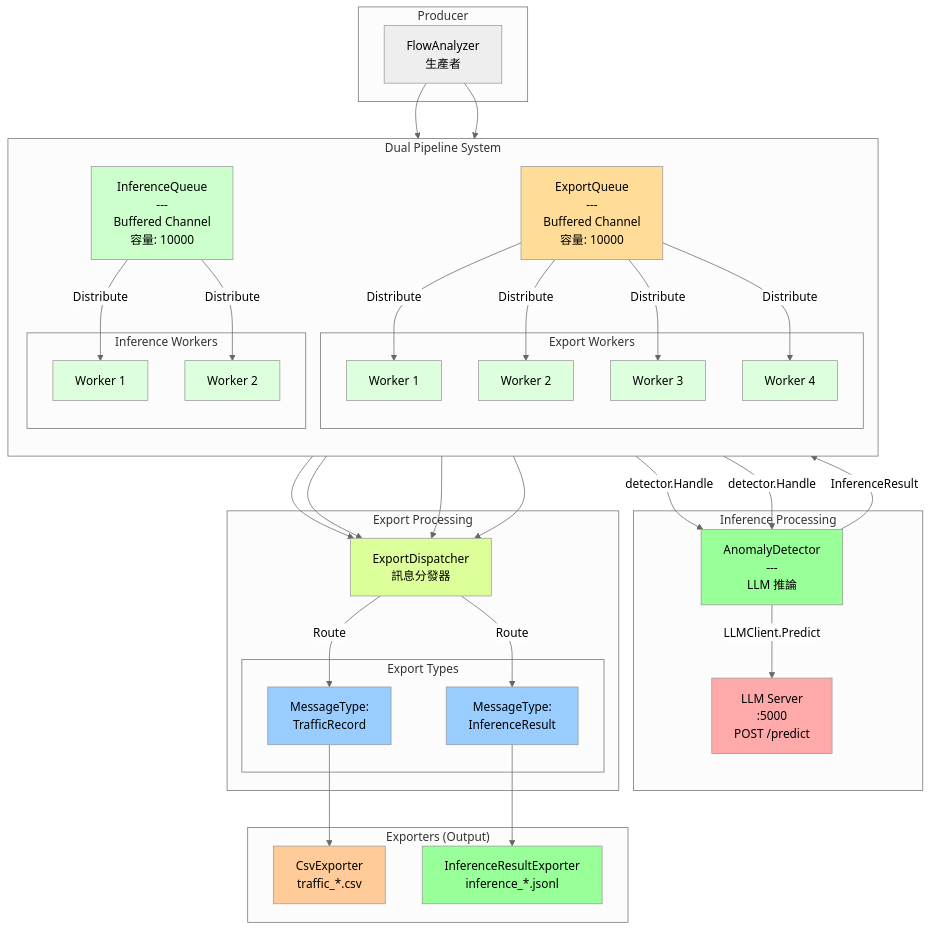
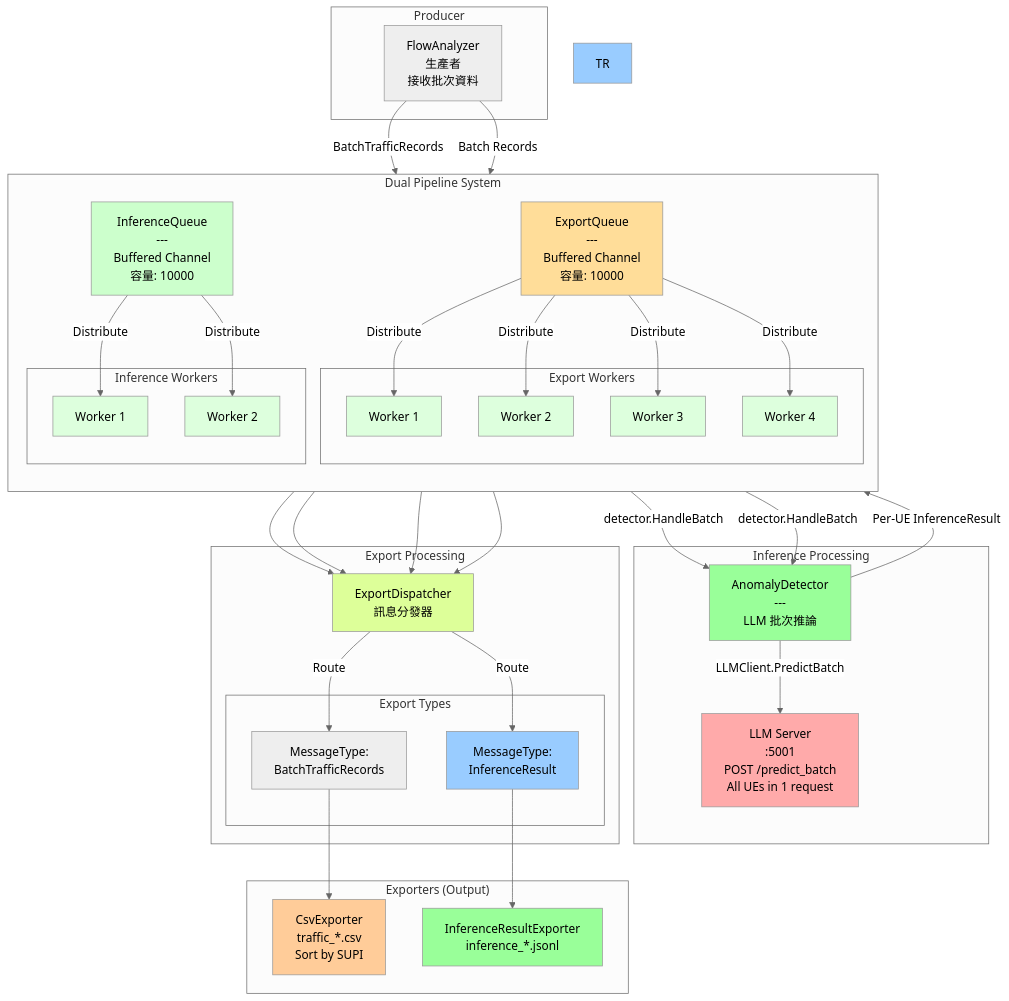
One commit to ian-cs12-NYCU/AnLF changed the fifth of 8 diagrams in docs/architecture.md. Above: the diagram before and after it, drawn with Mermaid. The commit also changed other lines of this file and 14 other files, not shown here.

````diff
--- a/docs/architecture.md
+++ b/docs/architecture.md
@@ -250,81 +259,81 @@
 ```mermaid
 %%{init: {'theme':'neutral'}}%%
 graph TB
     subgraph "Producer"
-        FA[FlowAnalyzer<br/>生產者]
+        FA[FlowAnalyzer<br/>生產者<br/>接收批次資料]
     end
     
     subgraph "Dual Pipeline System"
         direction TB
-        FA --> ExpQueue["ExportQueue<br/>---<br/>Buffered Channel<br/>容量: 10000"]
-        FA --> InfQueue["InferenceQueue<br/>---<br/>Buffered Channel<br/>容量: 10000"]
+        FA -->|BatchTrafficRecords| ExpQueue["ExportQueue<br/>---<br/>Buffered Channel<br/>容量: 10000"]
+        FA -->|Batch Records| InfQueue["InferenceQueue<br/>---<br/>Buffered Channel<br/>容量: 10000"]
         
         subgraph "Export Workers"
             EW1[Worker 1]
             EW2[Worker 2]
             EW3[Worker 3]
             EW4[Worker 4]
         end
         
         subgraph "Inference Workers"
             IW1[Worker 1]
             IW2[Worker 2]
         end
         
         InfQueue -->|Distribute| IW1
         InfQueue -->|Distribute| IW2
         
         ExpQueue -->|Distribute| EW1
         ExpQueue -->|Distribute| EW2
         ExpQueue -->|Distribute| EW3
         ExpQueue -->|Distribute| EW4
     end
     
     subgraph "Inference Processing"
-        IW1 -->|detector.Handle| Detector["AnomalyDetector<br/>---<br/>LLM 推論"]
-        IW2 -->|detector.Handle| Detector
+        IW1 -->|detector.HandleBatch| Detector["AnomalyDetector<br/>---<br/>LLM 批次推論"]
+        IW2 -->|detector.HandleBatch| Detector
         
-        Detector -->|LLMClient.Predict| LLMServer["LLM Server<br/>:5000<br/>POST /predict"]
+        Detector -->|LLMClient.PredictBatch| LLMServer["LLM Server<br/>:5001<br/>POST /predict_batch<br/>All UEs in 1 request"]
         
-        Detector -->|InferenceResult| ExpQueue
+        Detector -->|Per-UE InferenceResult| ExpQueue
     end
     
     subgraph "Export Processing"
         EW1 --> Disp["ExportDispatcher<br/>訊息分發器"]
         EW2 --> Disp
         EW3 --> Disp
         EW4 --> Disp
         
         subgraph "Export Types"
-            TR["MessageType:<br/>TrafficRecord"]
+            BTR["MessageType:<br/>BatchTrafficRecords"]
             IR["MessageType:<br/>InferenceResult"]
         end
         
-        Disp -->|Route| TR
+        Disp -->|Route| BTR
         Disp -->|Route| IR
     end
     
     subgraph "Exporters (Output)"
-        CSV[CsvExporter<br/>traffic_*.csv]
+        CSV[CsvExporter<br/>traffic_*.csv<br/>Sort by SUPI]
         InfExp[InferenceResultExporter<br/>inference_*.jsonl]
     end
     
-    TR --> CSV
+    BTR --> CSV
     IR --> InfExp
     
     style ExpQueue fill:#ffdd99
     style InfQueue fill:#ccffcc
     style EW1 fill:#ddffdd
     style EW2 fill:#ddffdd
     style EW3 fill:#ddffdd
     style EW4 fill:#ddffdd
     style IW1 fill:#ddffdd
     style IW2 fill:#ddffdd
     style Detector fill:#99ff99
     style LLMServer fill:#ffaaaa
     style Disp fill:#ddff99
     style TR fill:#99ccff
     style IR fill:#99ccff
     style CSV fill:#ffcc99
     style InfExp fill:#99ff99
 ```
````
